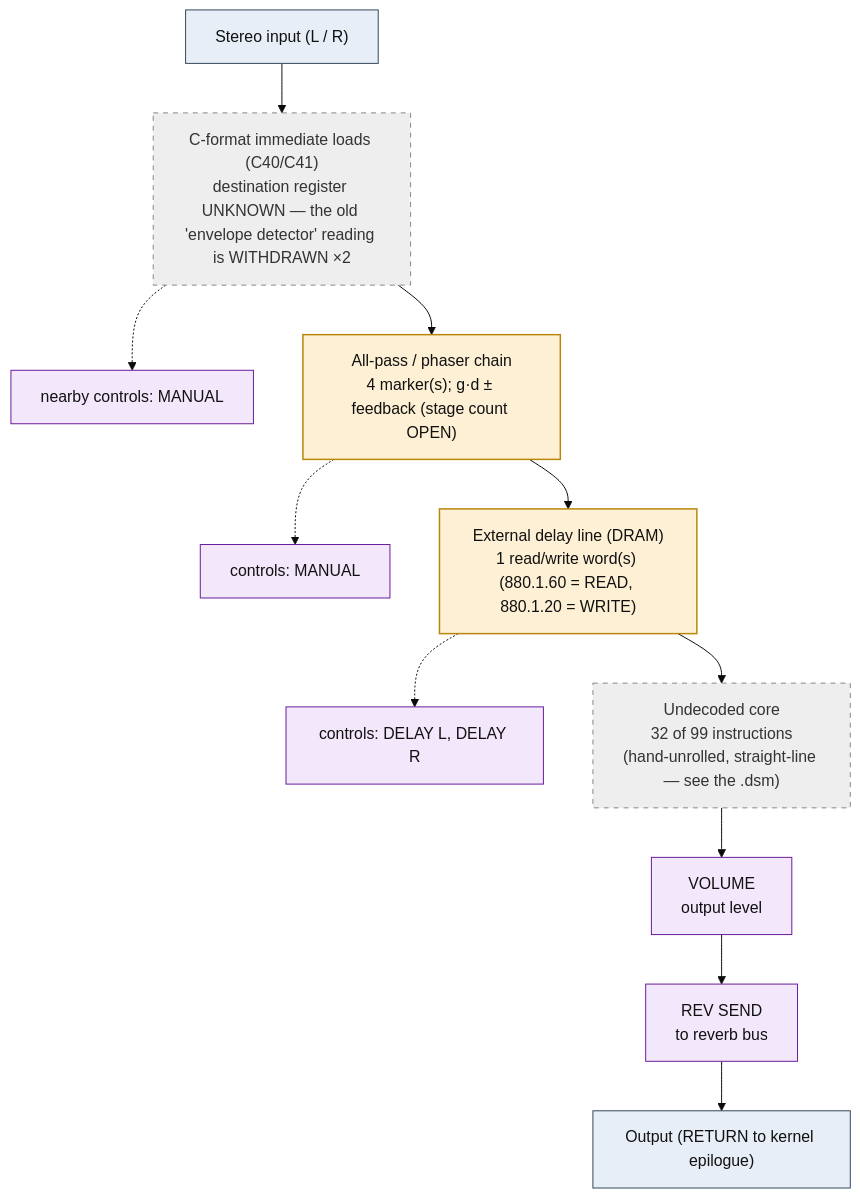
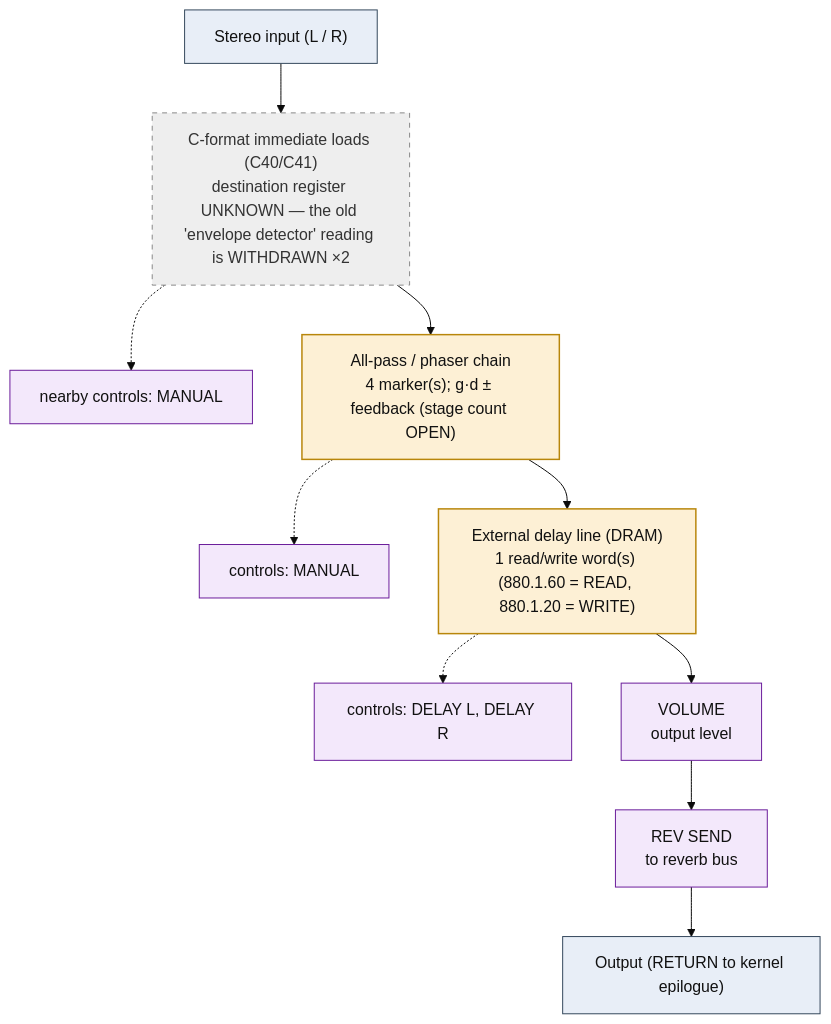
The diagram in dsp/flowcharts/prog03_enhancer.md (ArqueologiaDigital/kn5000-roms-disasm), drawn with Mermaid (base theme) before and after one commit. The commit also changed other lines of this file and 39 other files, not shown here.

First line of the commit message:
dsp: annotate all flowcharts with the classic effect topology each shape matches

````diff
--- a/dsp/flowcharts/prog03_enhancer.md
+++ b/dsp/flowcharts/prog03_enhancer.md
@@ -12,35 +12,33 @@
 ```mermaid
 flowchart TD
     N0["Stereo input (L / R)"]
     N1["C-format immediate loads (C40/C41)<br/>destination register UNKNOWN &mdash; the old 'envelope detector' reading is WITHDRAWN &times;2"]
     N0 --> N1
     N2["nearby controls: MANUAL"]
     N1 -.-> N2
     N3["All-pass / phaser chain<br/>4 marker(s); g&middot;d &plusmn; feedback (stage count OPEN)"]
     N1 --> N3
     N4["controls: MANUAL"]
     N3 -.-> N4
     N5["External delay line (DRAM)<br/>1 read/write word(s) (880.1.60 = READ, 880.1.20 = WRITE)"]
     N3 --> N5
     N6["controls: DELAY L, DELAY R"]
     N5 -.-> N6
-    N7["Undecoded core<br/>32 of 99 instructions<br/>(hand-unrolled, straight-line &mdash; see the .dsm)"]
+    N7["VOLUME<br/>output level"]
     N5 --> N7
-    N8["VOLUME<br/>output level"]
+    N8["REV SEND<br/>to reverb bus"]
     N7 --> N8
-    N9["REV SEND<br/>to reverb bus"]
+    N9["Output (RETURN to kernel epilogue)"]
     N8 --> N9
-    N10["Output (RETURN to kernel epilogue)"]
-    N9 --> N10
 
     classDef io fill:#e8eef7,stroke:#33475b,stroke-width:1px,color:#111;
     classDef proven fill:#d7f0d7,stroke:#2e7d32,stroke-width:2px,color:#111;
     classDef measured fill:#dbe9fb,stroke:#1565c0,stroke-width:1.5px,color:#111;
     classDef inferred fill:#fdf0d5,stroke:#b8860b,stroke-width:1.5px,color:#111;
     classDef open fill:#eeeeee,stroke:#888,stroke-width:1px,color:#333,stroke-dasharray:5 5;
     classDef ctrl fill:#f3e8fb,stroke:#6a1b9a,stroke-width:1px,color:#111;
-    class N0,N10 io;
-    class N1,N7 open;
-    class N2,N4,N6,N8,N9 ctrl;
+    class N0,N9 io;
+    class N1 open;
+    class N2,N4,N6,N7,N8 ctrl;
     class N3,N5 inferred;
 ```
````
